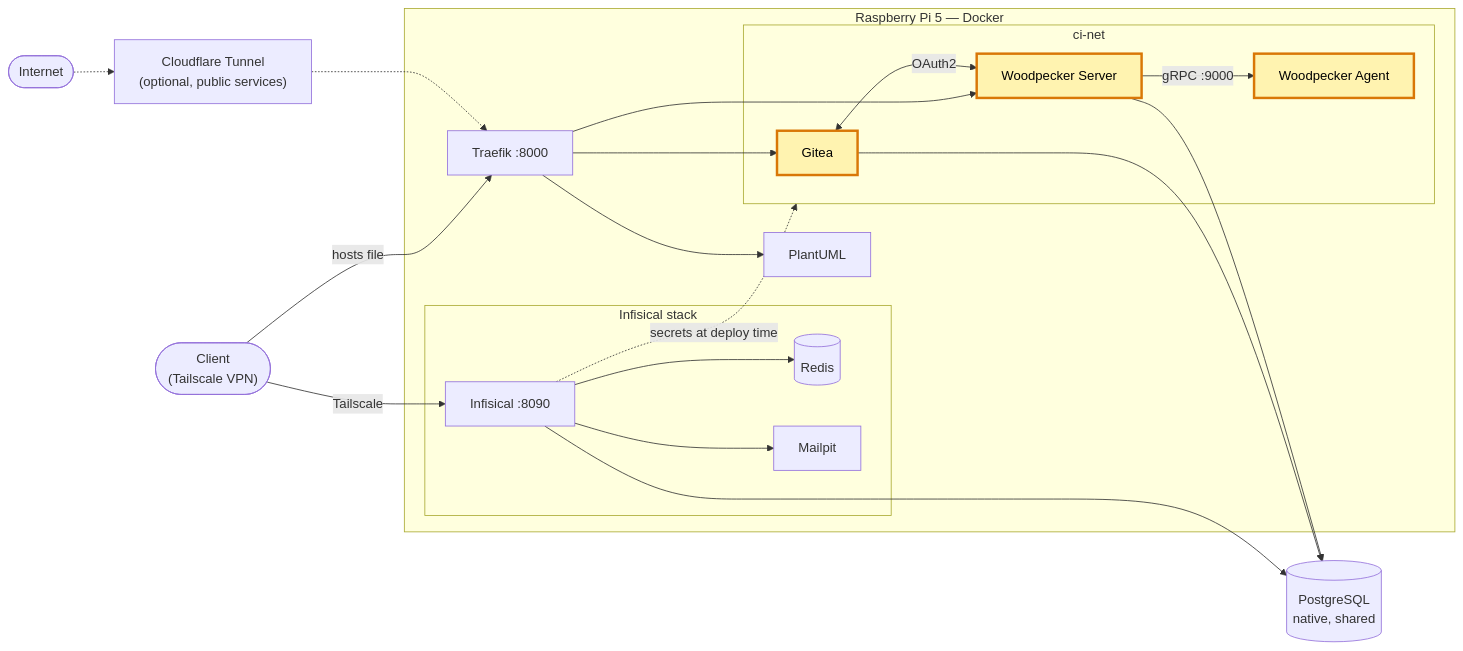
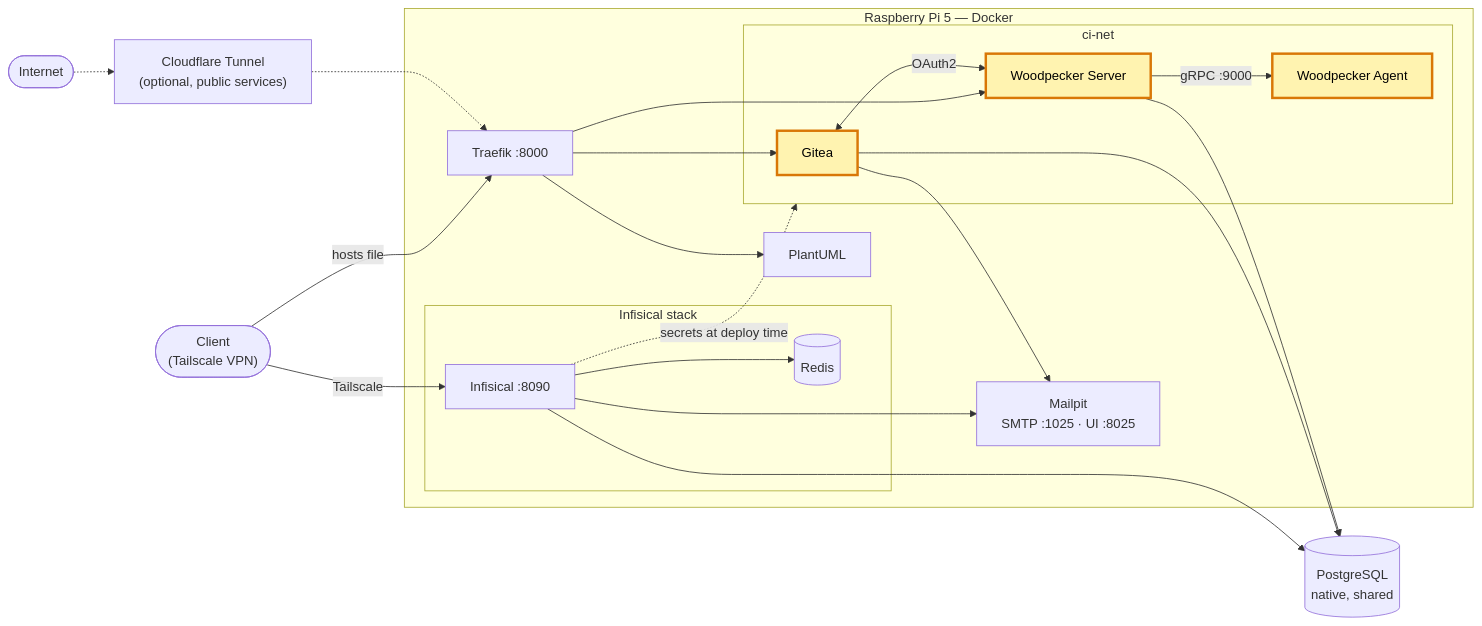
One commit to Alithiel31/woodpecker-ci-homelab changed the diagram in README.fr.md. Above: the diagram before and after it, drawn with Mermaid. The commit also changed 3 other files, not shown here.

Commit message:
feat: send Gitea mails (password reset) through the shared Mailpit

````diff
--- a/README.fr.md
+++ b/README.fr.md
@@ -13,34 +13,35 @@
 ```mermaid
 flowchart LR
     client(["Client<br/>(Tailscale VPN)"])
     internet(["Internet"])
     cf["Cloudflare Tunnel<br/>(optional, public services)"]
     subgraph pi ["Raspberry Pi 5 — Docker"]
         traefik["Traefik :8000"]
         subgraph ci ["ci-net"]
             gitea["Gitea"]
             wps["Woodpecker Server"]
             wpa["Woodpecker Agent"]
         end
         plantuml["PlantUML"]
+        mailpit["Mailpit<br/>SMTP :1025 · UI :8025"]
         subgraph vault ["Infisical stack"]
             infisical["Infisical :8090"]
             redis[("Redis")]
-            mailpit["Mailpit"]
         end
     end
     pg[("PostgreSQL<br/>native, shared")]
 
     client -->|"hosts file"| traefik
     internet -.-> cf -.-> traefik
     traefik --> gitea & wps & plantuml
     gitea <-->|OAuth2| wps
     wps -->|"gRPC :9000"| wpa
     gitea & wps & infisical --> pg
-    infisical --> redis & mailpit
+    infisical --> redis
+    infisical & gitea --> mailpit
     client -->|"Tailscale"| infisical
     infisical -.->|"secrets at deploy time"| ci
 
     classDef current fill:#fff3b0,stroke:#d97706,stroke-width:3px,color:#000
     class gitea,wps,wpa current
 ```
````
